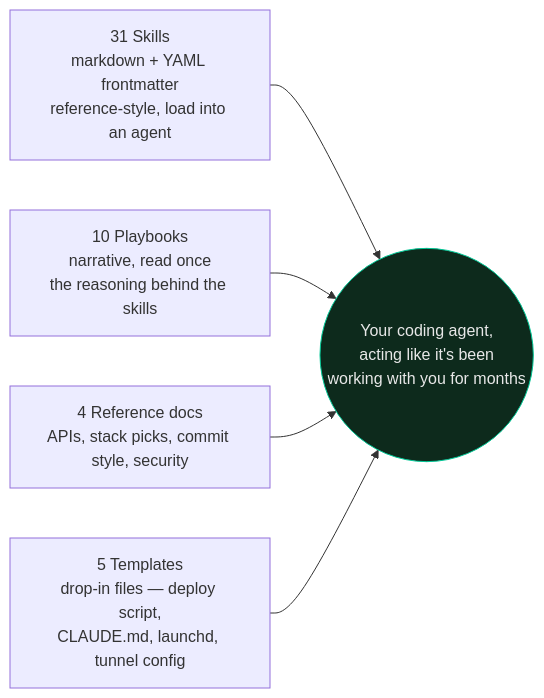
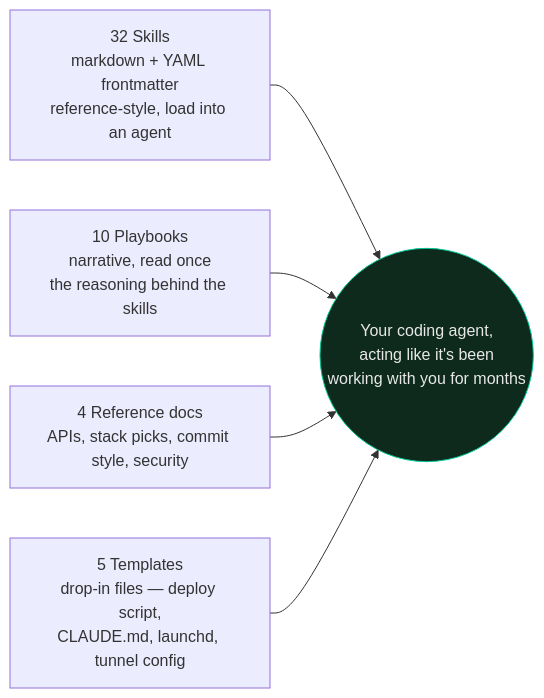
Before and after one commit to Nonarkara/dr-non-vibecoding-skills: the first of 3 diagrams in README.md, drawn with Mermaid. The commit also changed other lines of this file and 1 other file, not shown here.

````diff
--- a/README.md
+++ b/README.md
@@ -49,14 +51,14 @@
 ```mermaid
 flowchart LR
-    S["31 Skills\nmarkdown + YAML frontmatter\nreference-style, load into an agent"]
+    S["32 Skills\nmarkdown + YAML frontmatter\nreference-style, load into an agent"]
     P["10 Playbooks\nnarrative, read once\nthe reasoning behind the skills"]
     R["4 Reference docs\nAPIs, stack picks, commit style, security"]
     T["5 Templates\ndrop-in files — deploy script,\nCLAUDE.md, launchd, tunnel config"]
 
     S --> Agent(("Your coding agent,\nacting like it's been\nworking with you for months"))
     P --> Agent
     R --> Agent
     T --> Agent
 
     style Agent fill:#0d2a1c,stroke:#00c896,color:#e8e8e8
 ```
````
